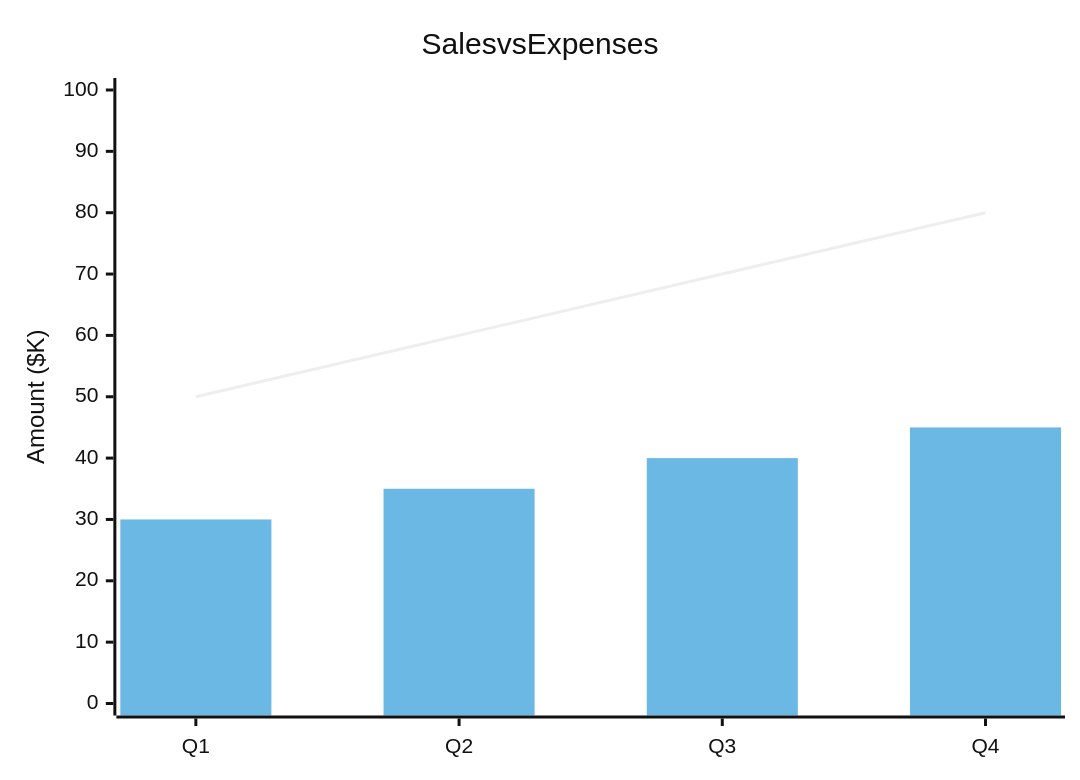
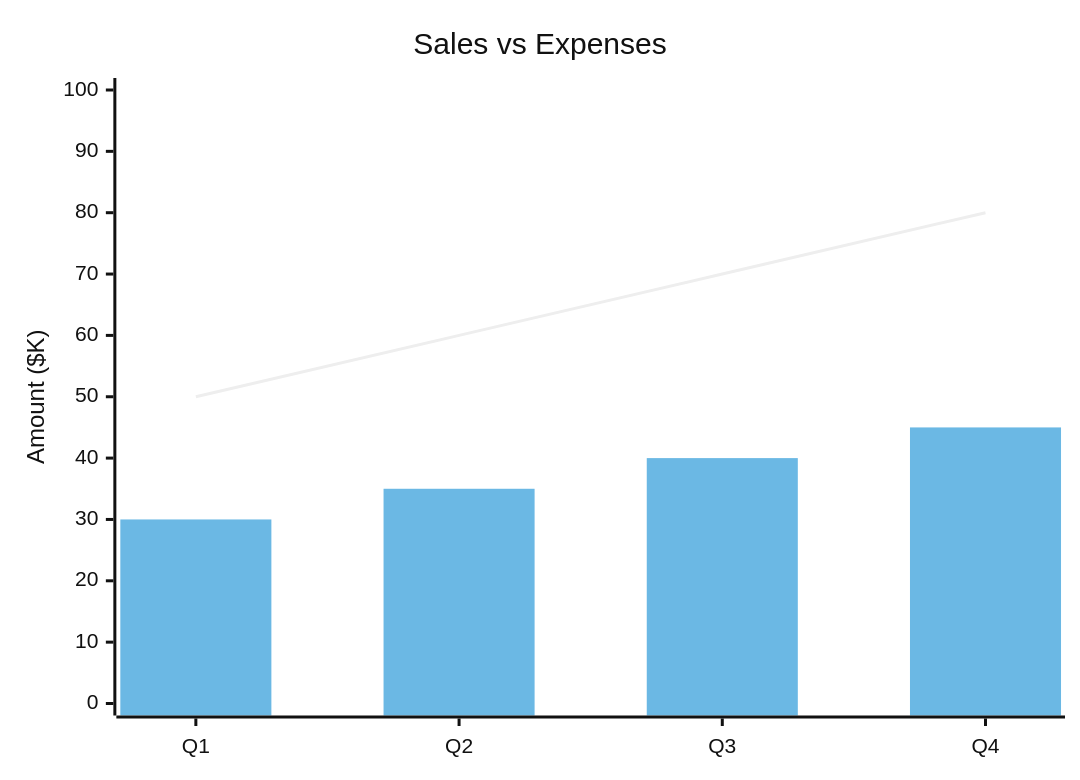
Before and after one commit to BitYoungjae/marketplace: diagram 21 of 23 in plugins/obsidian-blocks/skills/mermaid-diagramming/xychart.md, drawn with Mermaid (neutral theme). The commit also changed other lines of this file and 14 other files, not shown here.

First line of the commit message:
feat(obsidian-blocks): add Session 3 Mermaid diagrams

````diff
--- a/plugins/obsidian-blocks/skills/mermaid-diagramming/xychart.md
+++ b/plugins/obsidian-blocks/skills/mermaid-diagramming/xychart.md
@@ -268,8 +276,8 @@
 ```mermaid
 xychart-beta
-    title Sales vs Expenses
+    title "Sales vs Expenses"
     x-axis [Q1, Q2, Q3, Q4]
     y-axis "Amount ($K)" 0 --> 100
-    line [50, 60, 70, 80]
-    bar [30, 35, 40, 45]
+    line "Sales" [50, 60, 70, 80]
+    bar "Expenses" [30, 35, 40, 45]
 ```
````
